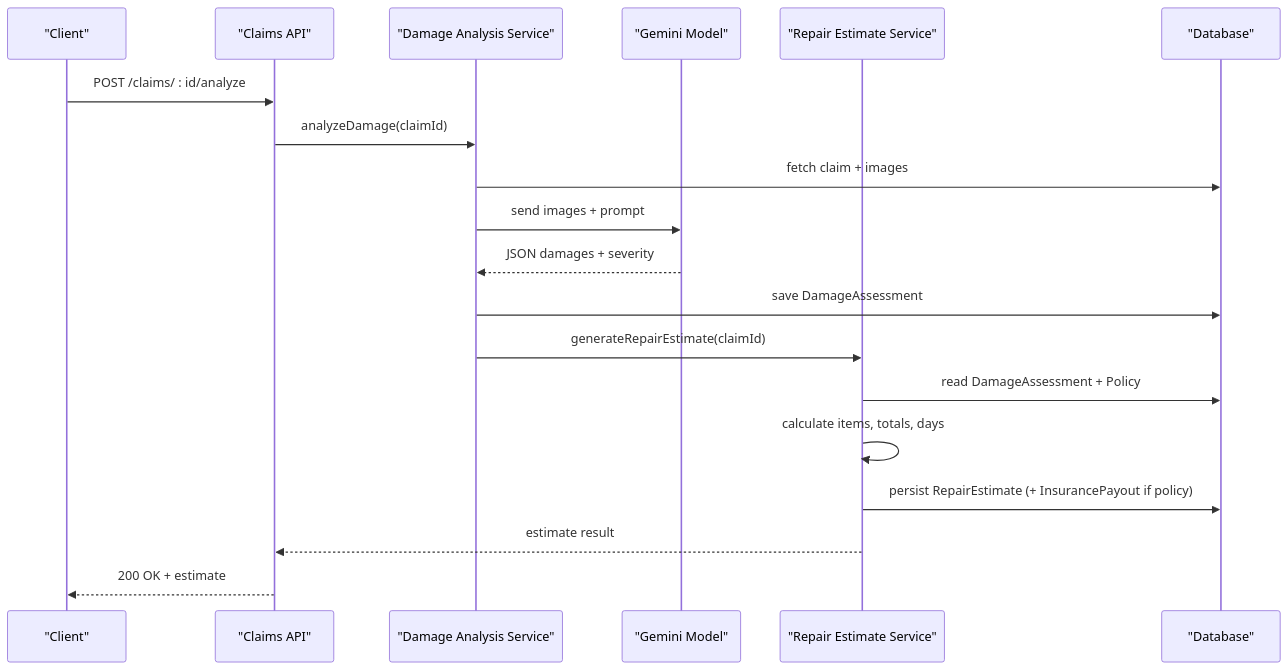
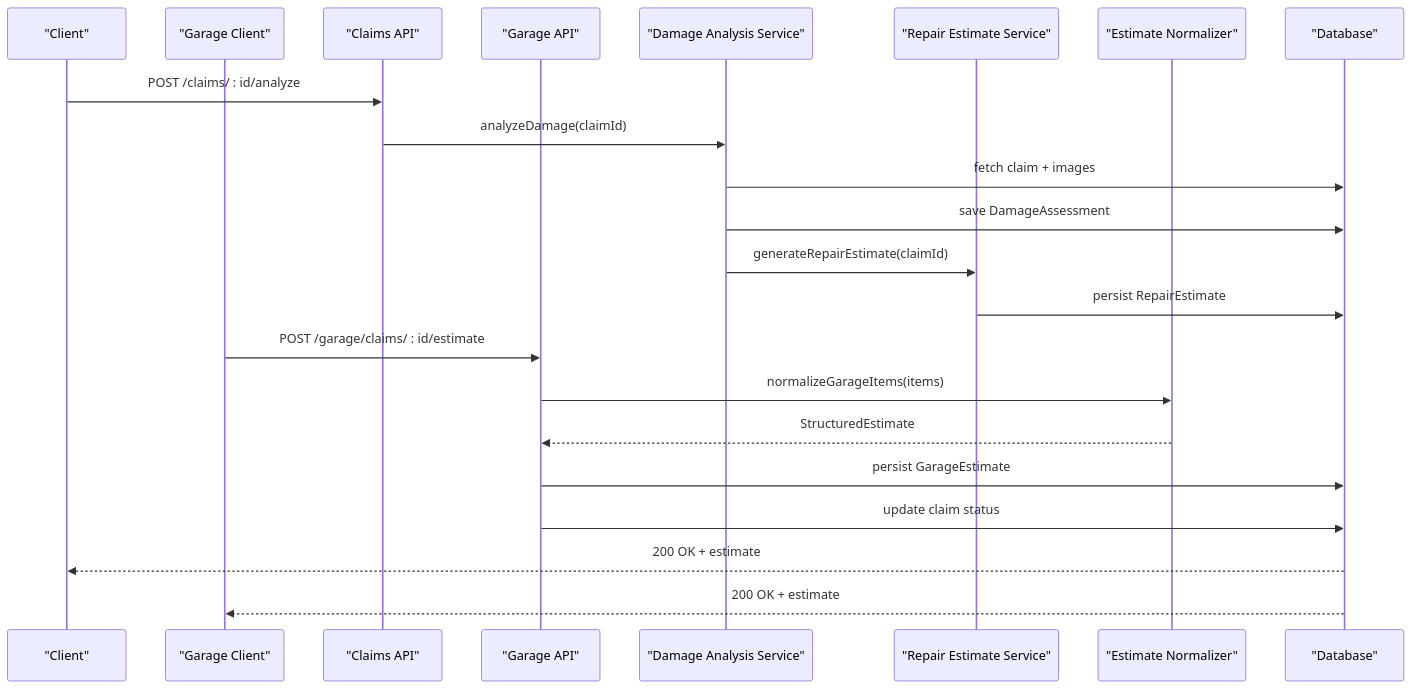
The second of 3 diagrams in .qoder/repowiki/en/content/AI Services Integration/Repair Estimate Service.md (NaveenHiranya/Smart-Vehicle-Insurance-Claim-System), drawn with Mermaid before and after one commit. The commit also changed other lines of this file and 33 other files, not shown here.

````diff
--- a/.qoder/repowiki/en/content/AI Services Integration/Repair Estimate Service.md
+++ b/.qoder/repowiki/en/content/AI Services Integration/Repair Estimate Service.md
@@ -82,21 +111,24 @@
 ```mermaid
 sequenceDiagram
 participant C as "Client"
+participant G as "Garage Client"
 participant R as "Claims API"
+participant GA as "Garage API"
 participant D as "Damage Analysis Service"
-participant G as "Gemini Model"
 participant E as "Repair Estimate Service"
+participant N as "Estimate Normalizer"
 participant DB as "Database"
 C->>R : POST /claims/ : id/analyze
 R->>D : analyzeDamage(claimId)
 D->>DB : fetch claim + images
-D->>G : send images + prompt
-G-->>D : JSON damages + severity
 D->>DB : save DamageAssessment
 D->>E : generateRepairEstimate(claimId)
-E->>DB : read DamageAssessment + Policy
-E->>E : calculate items, totals, days
-E->>DB : persist RepairEstimate (+ InsurancePayout if policy)
-E-->>R : estimate result
-R-->>C : 200 OK + estimate
+E->>DB : persist RepairEstimate
+G->>GA : POST /garage/claims/ : id/estimate
+GA->>N : normalizeGarageItems(items)
+N-->>GA : StructuredEstimate
+GA->>DB : persist GarageEstimate
+GA->>DB : update claim status
+DB-->>C : 200 OK + estimate
+DB-->>G : 200 OK + estimate
 ```
````
